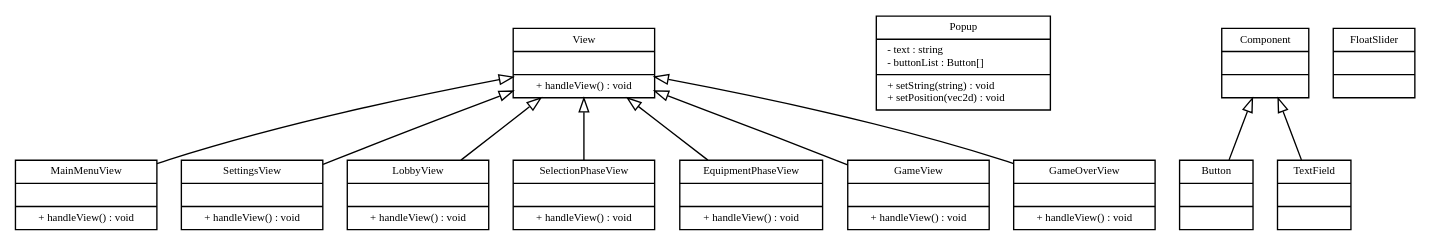
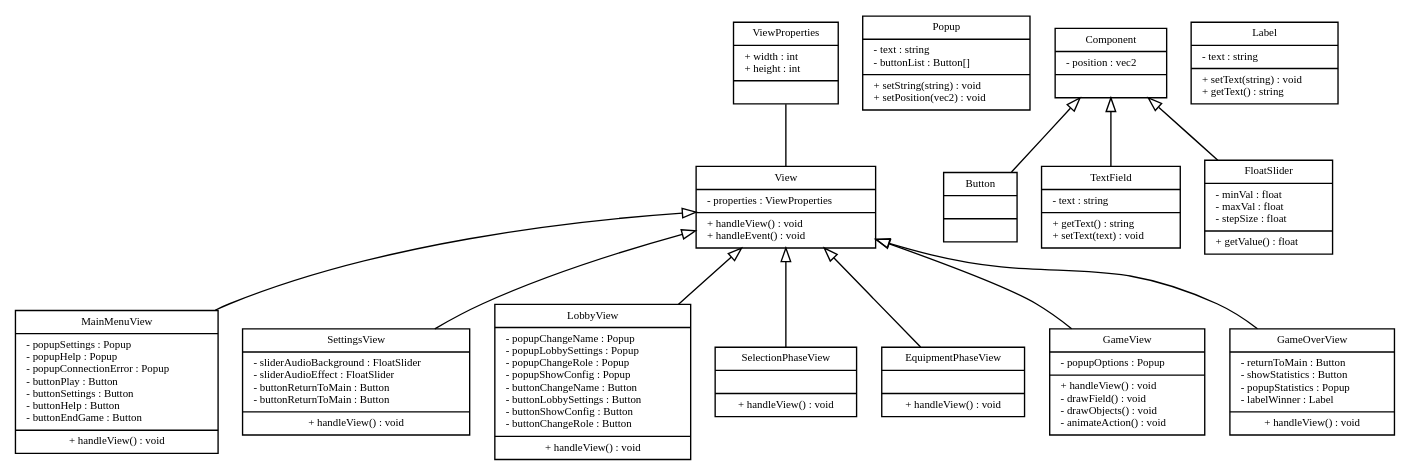
Before and after one commit to SoPra-Team-17/Meilensteine: the diagram in Meilenstein06/view_overview.dot, drawn with Graphviz.

Commit message:
added attributes to views

```diff
--- a/Meilenstein06/view_overview.dot
+++ b/Meilenstein06/view_overview.dot
@@ -1,132 +1,191 @@
 digraph G{
 
     /* sollte wieder mit flatten compiled werden, damit dass etwas besser aussieht */
     /* ToDo: sinnvolle Attribute und Funktionen für die Views */
+    /* Popup sollten abstrakt sein! --> einzelnen abstracts erben einfach nur davon */
     /* wie wird das HUD dargestellt? */
 
     fontname = "Bitstream Vera Sans"
     fontsize = 8
 
     node [
         fontname = "Bitstream Vera Sans"
         fontsize = 8
         shape = "record"
     ]
 
     edge [
         fontname = "Bitstream Vera Sans"
         fontsize = 8
         arrowhead = "onormal"
         labeldistance = 1.5
     ]
 
 
     View [
-        label = "{View||+ handleView() : void}"
+        label = "{View|
+            - properties : ViewProperties\l
+            | + handleView() : void\l
+            + handleEvent() : void\l 
+            }"
     ]
 
     MainMenuView [
-        label = "{MainMenuView||+ handleView() : void}"
+        label = "{MainMenuView|
+            - popupSettings : Popup\l
+            - popupHelp : Popup\l
+            - popupConnectionError : Popup\l
+            - buttonPlay : Button\l
+            - buttonSettings : Button\l
+            - buttonHelp : Button\l
+            - buttonEndGame : Button\l
+            
+            |
+            + handleView() : void}"
     ]
 
     SettingsView [
-        label = "{SettingsView||+ handleView() : void}"
+        label = "{SettingsView|
+        - sliderAudioBackground : FloatSlider\l
+        - sliderAudioEffect : FloatSlider\l
+        - buttonReturnToMain : Button\l
+        - buttonReturnToMain : Button\l
+        |
+        + handleView() : void}"
     ]
 
     LobbyView [
-        label = "{LobbyView||+ handleView() : void}"
+        label = "{LobbyView|
+            - popupChangeName : Popup\l
+            - popupLobbySettings : Popup\l
+            - popupChangeRole : Popup\l
+            - popupShowConfig : Popup\l
+            - buttonChangeName : Button\l
+            - buttonLobbySettings : Button\l
+            - buttonShowConfig : Button\l
+            - buttonChangeRole : Button\l
+            |
+            + handleView() : void}"
     ]
 
     SelectionPhaseView [
         label = "{SelectionPhaseView||+ handleView() : void}"
     ]
 
     EquipmentPhaseView [
         label = "{EquipmentPhaseView||+ handleView() : void}"
     ]
 
     GameView [
-        label = "{GameView||+ handleView() : void}"
+        label = "{GameView|
+            - popupOptions : Popup\l 
+            |
+            + handleView() : void\l
+            - drawField() : void\l
+            - drawObjects() : void\l
+            - animateAction() : void\l
+        }"
     ]
 
     GameOverView [
-        label = "{GameOverView||+ handleView() : void}"
+        label = "{GameOverView|
+        - returnToMain : Button\l
+        - showStatistics : Button\l
+        - popupStatistics : Popup\l
+        - labelWinner : Label\l
+        |+ handleView() : void}"
     ]
 
     Popup [
         label = "{Popup|
             - text : string\l
             - buttonList : Button[]\l
             |
             + setString(string) : void\l
-            + setPosition(vec2d) : void\l
+            + setPosition(vec2) : void\l
             }"
     ]
         
     Component [
-        label = "{Component||}"
+        label = "{Component|
+            - position : vec2\l
+            |
+            
+        }"
     ]
 
     Button [
         label = "{Button||}"
     ]
 
     TextField [
-        label = "{TextField||}"
+        label = "{TextField|
+        - text : string\l
+        |
+        + getText() : string\l
+        + setText(text) : void\l
+    }"
     ]
     
-    FloatSlider [
-        label = "{FloatSlider||}"
+    Label [
+        label = "{Label|
+        - text : string\l
+        |
+        + setText(string) : void\l
+        + getText() : string\l
+        }"
     ]
 
+    FloatSlider [
+        label = "{FloatSlider|
+        - minVal : float\l
+        - maxVal : float\l
+        - stepSize : float\l
+        |
+        + getValue() : float\l
+    }"
+    ]
+    
+    ViewProperties [
+        label = "{ViewProperties|
+            + width : int\l
+            + height : int\l
+            |
+        }"
+    ]
+    
+    
 
+    edge [
+        arrowhead = none
+    ]
+    ViewProperties -> View
 
     //Aggregations
     edge [
         arrowhead = "odiamond"
     ]
 
     //Compositions
     edge [
         arrowhead = "diamond"
         dir = "back"
         arrowtail = "empty"
     ]
 
     View -> MainMenuView
     View -> LobbyView
     View -> GameOverView
     View -> GameView
     View -> SettingsView
     View -> EquipmentPhaseView
     View -> SelectionPhaseView
 
     Component -> Button
     Component -> TextField
+    Component -> FloatSlider
     //Normal arrows
     edge [
         arrowhead = "vee"
     ]
-
-
-
-
-
-
-
-
-
-
-
-
-
-
-
-
-
-
-
-
-
-
 }
```
